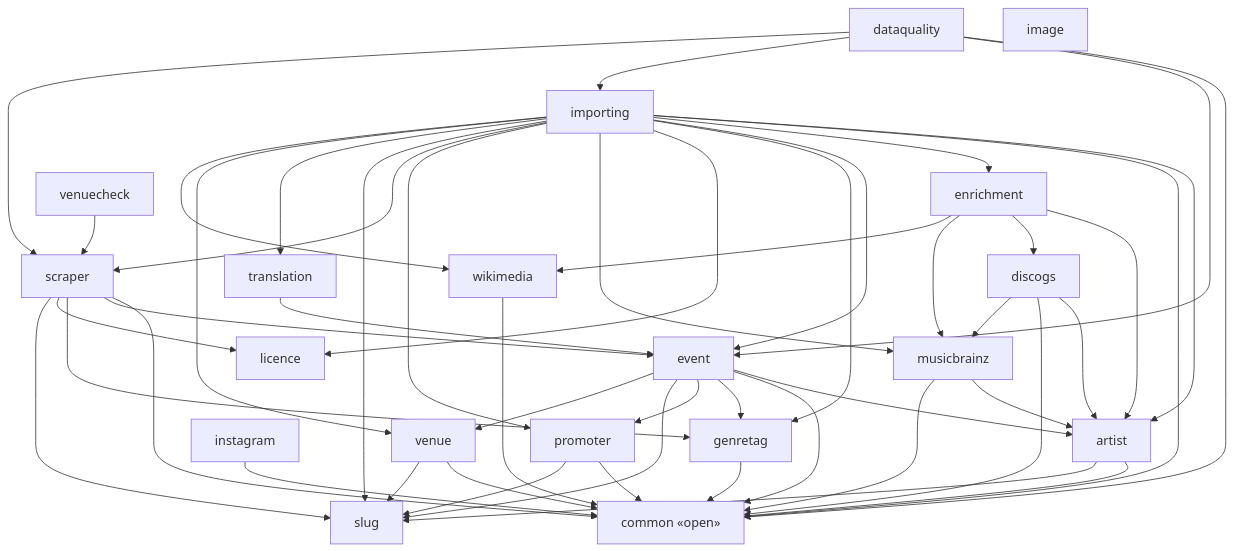
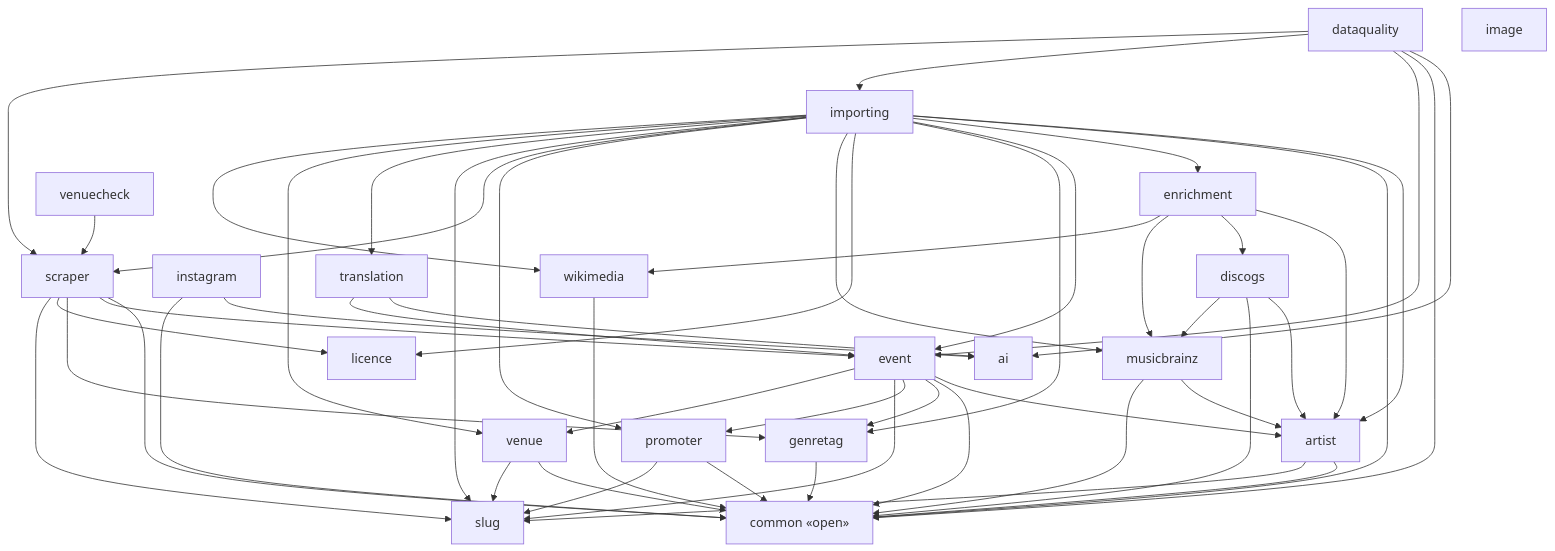
Before and after one commit to enorm-labs/event-junkie: the diagram in docs/architecture/modules-events-importer.md, drawn with Mermaid. The commit also changed 10 other files, not shown here.

````diff
--- a/docs/architecture/modules-events-importer.md
+++ b/docs/architecture/modules-events-importer.md
@@ -9,71 +9,75 @@
 ```mermaid
 flowchart TD
+    ai["ai"]
     artist["artist"]
     common["common «open»"]
     dataquality["dataquality"]
     discogs["discogs"]
     enrichment["enrichment"]
     event["event"]
     genretag["genretag"]
     image["image"]
     importing["importing"]
     instagram["instagram"]
     licence["licence"]
     musicbrainz["musicbrainz"]
     promoter["promoter"]
     scraper["scraper"]
     slug["slug"]
     translation["translation"]
     venue["venue"]
     venuecheck["venuecheck"]
     wikimedia["wikimedia"]
 
     artist --> common
     artist --> slug
+    dataquality --> ai
     dataquality --> common
     dataquality --> event
     dataquality --> importing
     dataquality --> scraper
     discogs --> artist
     discogs --> common
     discogs --> musicbrainz
     enrichment --> artist
     enrichment --> discogs
     enrichment --> musicbrainz
     enrichment --> wikimedia
     event --> artist
     event --> common
     event --> genretag
     event --> promoter
     event --> slug
     event --> venue
     genretag --> common
     importing --> artist
     importing --> common
     importing --> enrichment
     importing --> event
     importing --> genretag
     importing --> licence
     importing --> musicbrainz
     importing --> promoter
     importing --> scraper
     importing --> slug
     importing --> translation
     importing --> venue
     importing --> wikimedia
+    instagram --> ai
     instagram --> common
     musicbrainz --> artist
     musicbrainz --> common
     promoter --> common
     promoter --> slug
     scraper --> common
     scraper --> event
     scraper --> genretag
     scraper --> licence
     scraper --> slug
+    translation --> ai
     translation --> event
     venue --> common
     venue --> slug
     venuecheck --> scraper
     wikimedia --> common
 ```
````
